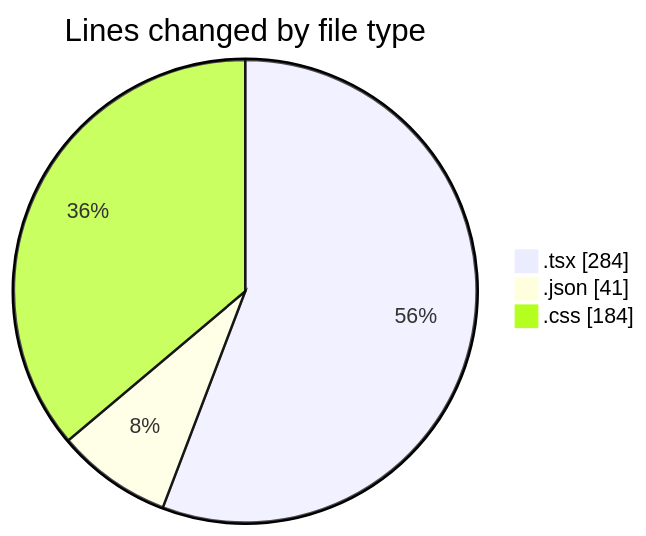
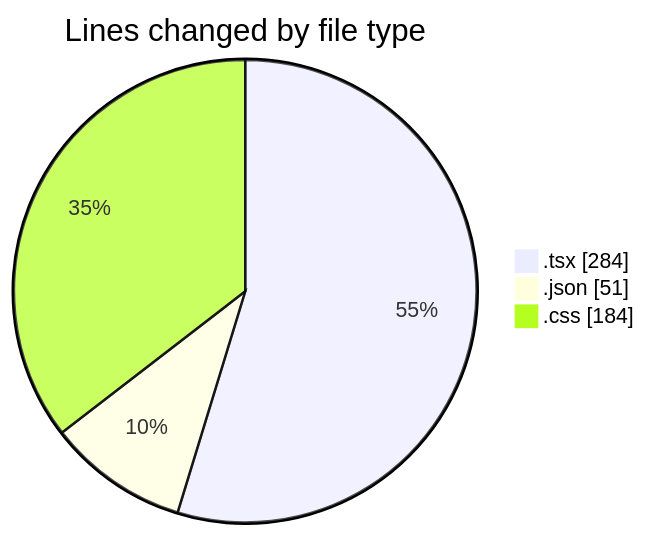
The first of 2 diagrams in 2025-08-05/tw-server/README.md (EIIisD/code-tracking), drawn with Mermaid before and after one commit. The commit also changed other lines of this file and 1 other file, not shown here.

````diff
--- a/2025-08-05/tw-server/README.md
+++ b/2025-08-05/tw-server/README.md
@@ -27,7 +28,7 @@
 ```mermaid
 pie showData
 title Lines changed by file type
 ".tsx" : 284
-".json" : 41
+".json" : 51
 ".css" : 184
 ```
````
